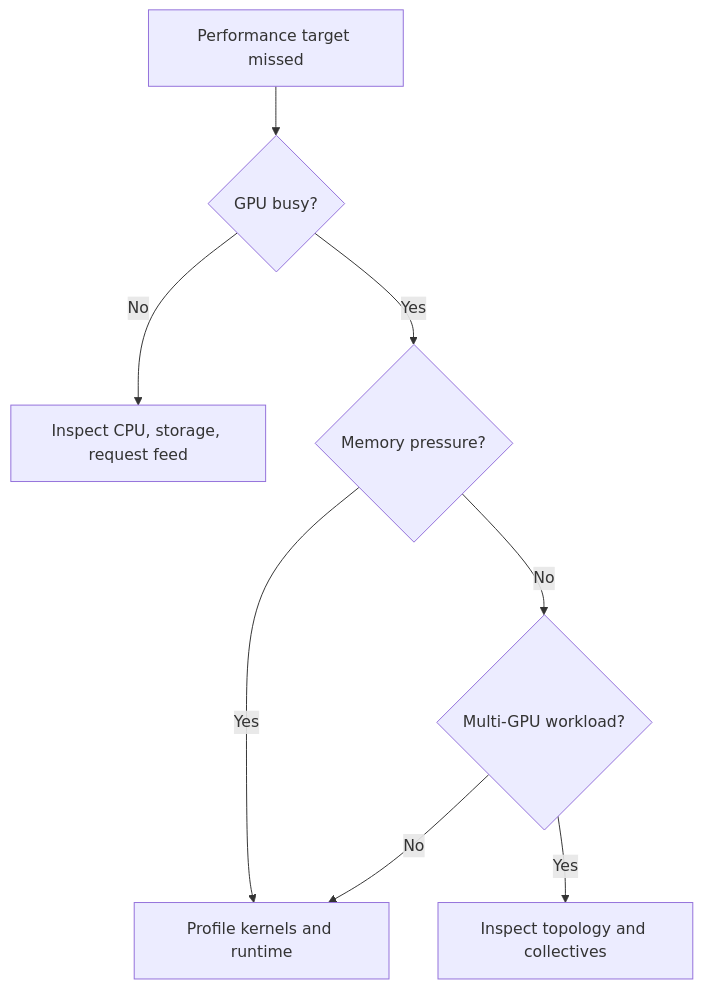
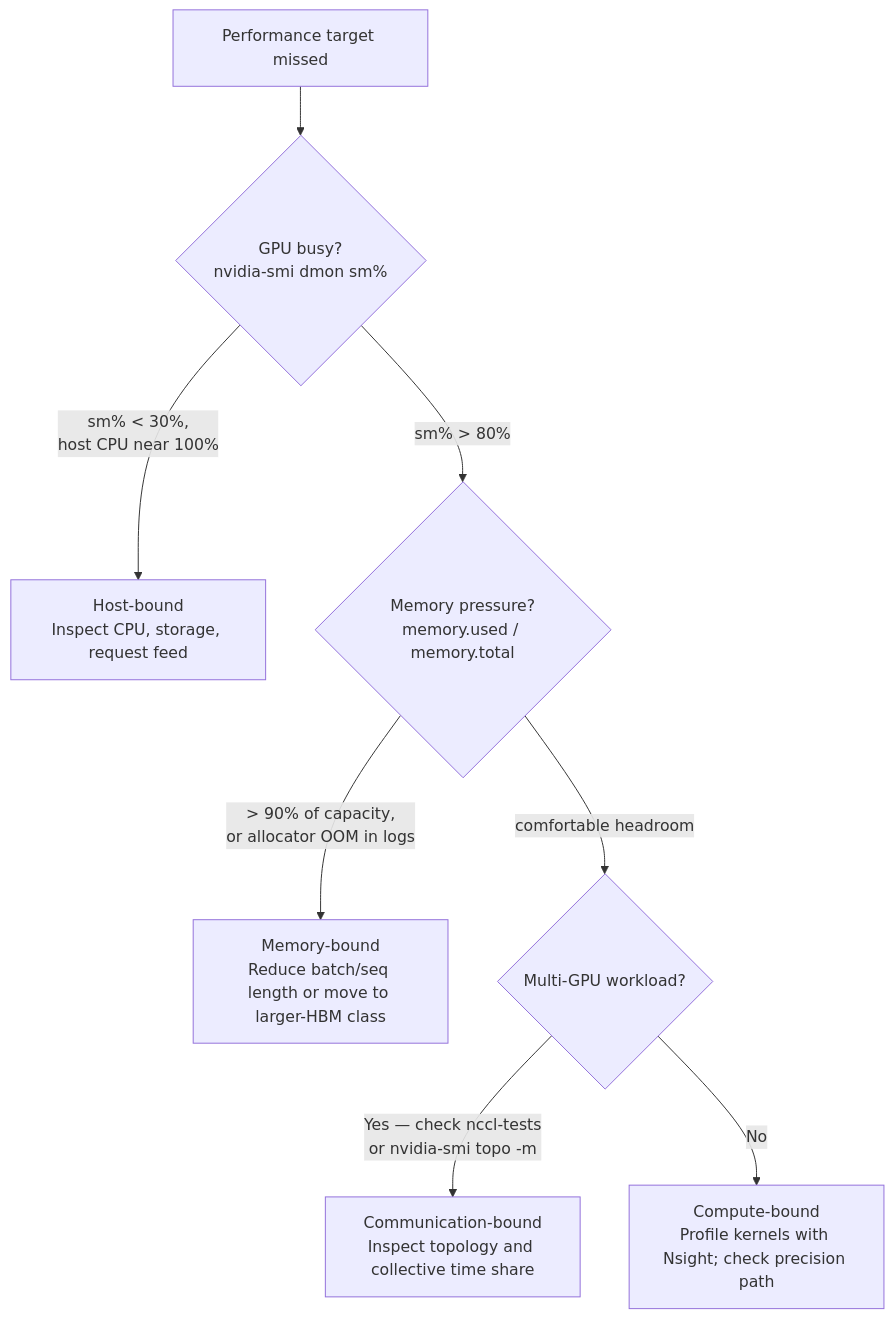
The third of 3 diagrams in docs/nvidia-zero-to-hero/volume-04/chapter-02-workload-first-gpu-selection.md (jithinpnjm/nvidia-devops), drawn with Mermaid before and after one commit. The commit also changed other lines of this file and 6 other files, not shown here.

````diff
--- a/docs/nvidia-zero-to-hero/volume-04/chapter-02-workload-first-gpu-selection.md
+++ b/docs/nvidia-zero-to-hero/volume-04/chapter-02-workload-first-gpu-selection.md
@@ -225,18 +242,10 @@
 ```mermaid
 flowchart TD
-    S[Performance target missed]
-    U{GPU busy?}
-    Feed[Inspect CPU, storage, request feed]
-    Mem{Memory pressure?}
-    Comm{Multi-GPU workload?}
-    Profile[Profile kernels and runtime]
-    Topo[Inspect topology and collectives]
-
-    S --> U
-    U -- No --> Feed
-    U -- Yes --> Mem
-    Mem -- Yes --> Profile
-    Mem -- No --> Comm
-    Comm -- Yes --> Topo
-    Comm -- No --> Profile
+    S[Performance target missed] --> U{"GPU busy?<br/>nvidia-smi dmon sm%"}
+    U -->|"sm% < 30%,<br/>host CPU near 100%"| Feed["Host-bound<br/>Inspect CPU, storage, request feed"]
+    U -->|"sm% > 80%"| Mem{"Memory pressure?<br/>memory.used / memory.total"}
+    Mem -->|"> 90% of capacity,<br/>or allocator OOM in logs"| MemFix["Memory-bound<br/>Reduce batch/seq length or move to larger-HBM class"]
+    Mem -->|"comfortable headroom"| Comm{"Multi-GPU workload?"}
+    Comm -->|"Yes — check nccl-tests<br/>or nvidia-smi topo -m"| Topo["Communication-bound<br/>Inspect topology and collective time share"]
+    Comm -->|"No"| Profile["Compute-bound<br/>Profile kernels with Nsight; check precision path"]
 ```
````
